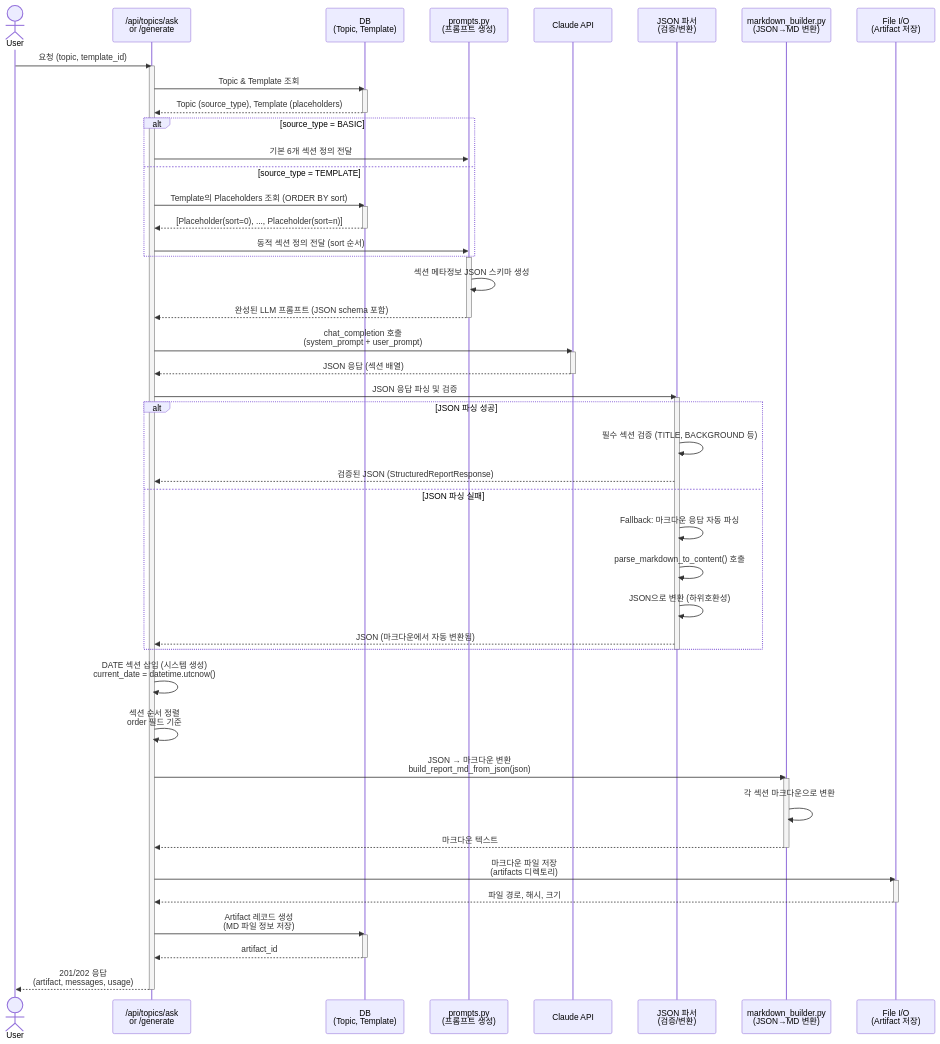
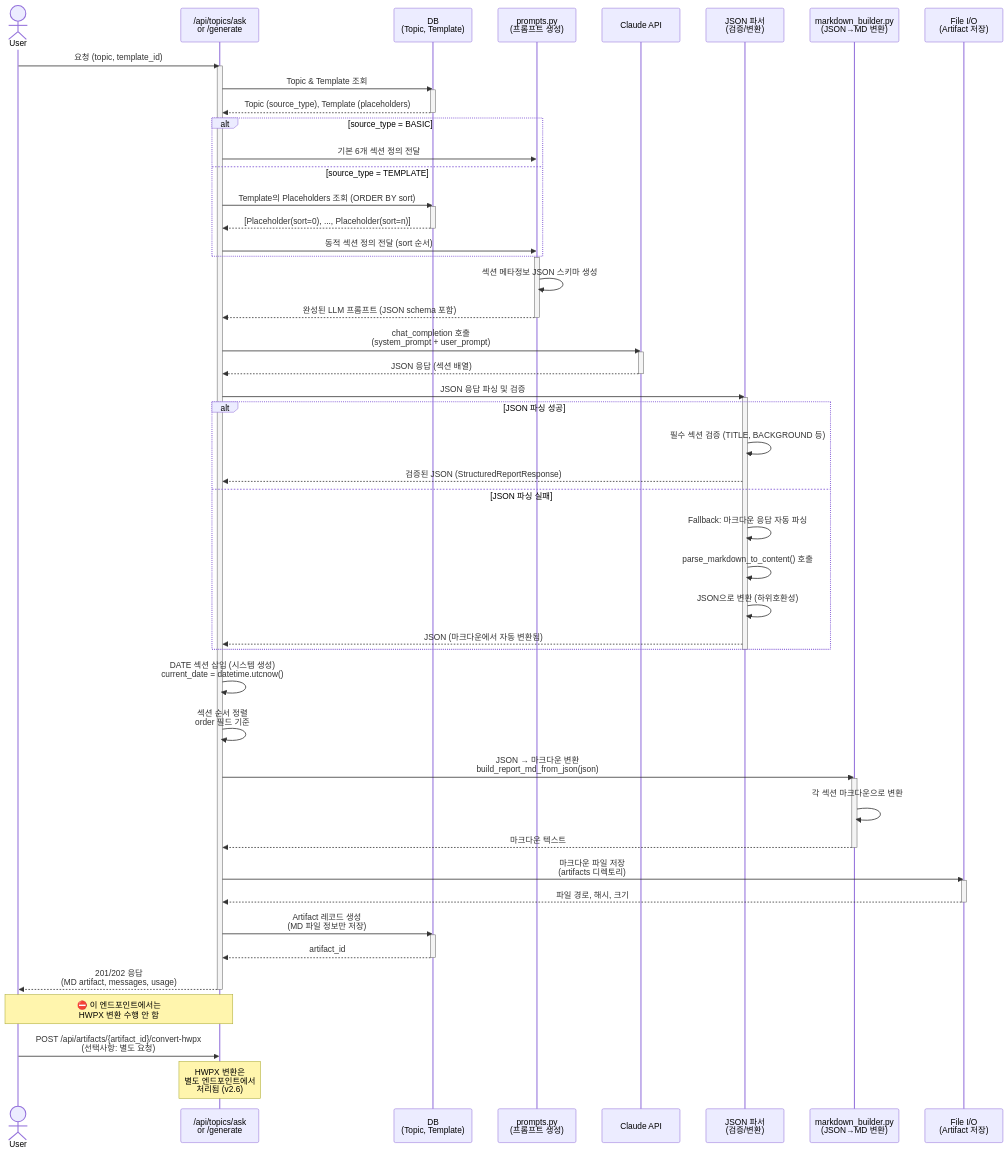
The second of 2 diagrams in backend/doc/specs/20251128_json_structured_section_metadata.md (jaehyodev/hwp-report-generator), drawn with Mermaid before and after one commit. The commit also changed other lines of this file and 7 other files, not shown here.

````diff
--- a/backend/doc/specs/20251128_json_structured_section_metadata.md
+++ b/backend/doc/specs/20251128_json_structured_section_metadata.md
@@ -208,74 +446,79 @@
 ```mermaid
 sequenceDiagram
     actor User
     participant API as /api/topics/ask<br/>or /generate
     participant DB as DB<br/>(Topic, Template)
     participant Prompts as prompts.py<br/>(프롬프트 생성)
     participant Claude as Claude API
     participant Parser as JSON 파서<br/>(검증/변환)
     participant Builder as markdown_builder.py<br/>(JSON→MD 변환)
     participant File as File I/O<br/>(Artifact 저장)
 
     User->>API: 요청 (topic, template_id)
     activate API
 
     API->>DB: Topic & Template 조회
     activate DB
     DB-->>API: Topic (source_type), Template (placeholders)
     deactivate DB
 
     alt source_type = BASIC
         API->>Prompts: 기본 6개 섹션 정의 전달
     else source_type = TEMPLATE
         API->>DB: Template의 Placeholders 조회 (ORDER BY sort)
         activate DB
         DB-->>API: [Placeholder(sort=0), ..., Placeholder(sort=n)]
         deactivate DB
         API->>Prompts: 동적 섹션 정의 전달 (sort 순서)
     end
 
     activate Prompts
     Prompts->>Prompts: 섹션 메타정보 JSON 스키마 생성
     Prompts-->>API: 완성된 LLM 프롬프트 (JSON schema 포함)
     deactivate Prompts
 
     API->>Claude: chat_completion 호출<br/>(system_prompt + user_prompt)
     activate Claude
     Claude-->>API: JSON 응답 (섹션 배열)
     deactivate Claude
 
     API->>Parser: JSON 응답 파싱 및 검증
     activate Parser
     alt JSON 파싱 성공
         Parser->>Parser: 필수 섹션 검증 (TITLE, BACKGROUND 등)
         Parser-->>API: 검증된 JSON (StructuredReportResponse)
     else JSON 파싱 실패
         Parser->>Parser: Fallback: 마크다운 응답 자동 파싱
         Parser->>Parser: parse_markdown_to_content() 호출
         Parser->>Parser: JSON으로 변환 (하위호환성)
         Parser-->>API: JSON (마크다운에서 자동 변환됨)
     end
     deactivate Parser
 
     API->>API: DATE 섹션 삽입 (시스템 생성)<br/>current_date = datetime.utcnow()
     API->>API: 섹션 순서 정렬<br/>order 필드 기준
 
     API->>Builder: JSON → 마크다운 변환<br/>build_report_md_from_json(json)
     activate Builder
     Builder->>Builder: 각 섹션 마크다운으로 변환<br/># TITLE<br/>## BACKGROUND, etc.
     Builder-->>API: 마크다운 텍스트
     deactivate Builder
 
     API->>File: 마크다운 파일 저장<br/>(artifacts 디렉토리)
     activate File
     File-->>API: 파일 경로, 해시, 크기
     deactivate File
 
-    API->>DB: Artifact 레코드 생성<br/>(MD 파일 정보 저장)
+    API->>DB: Artifact 레코드 생성<br/>(MD 파일 정보만 저장)
     activate DB
     DB-->>API: artifact_id
     deactivate DB
 
-    API-->>User: 201/202 응답<br/>(artifact, messages, usage)
+    API-->>User: 201/202 응답<br/>(MD artifact, messages, usage)
     deactivate API
+
+    Note over User,API: ⛔ 이 엔드포인트에서는<br/>HWPX 변환 수행 안 함
+
+    User->>API: POST /api/artifacts/{artifact_id}/convert-hwpx<br/>(선택사항: 별도 요청)
+    Note over API: HWPX 변환은<br/>별도 엔드포인트에서<br/>처리됨 (v2.6)
 ```
````
